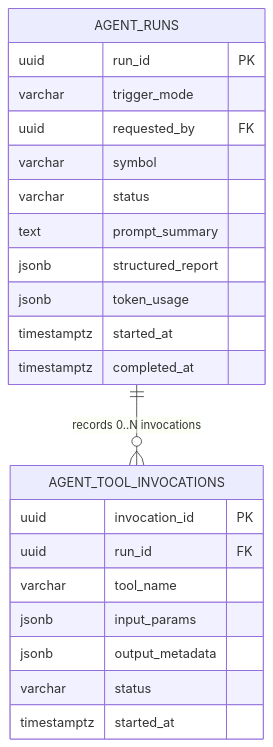
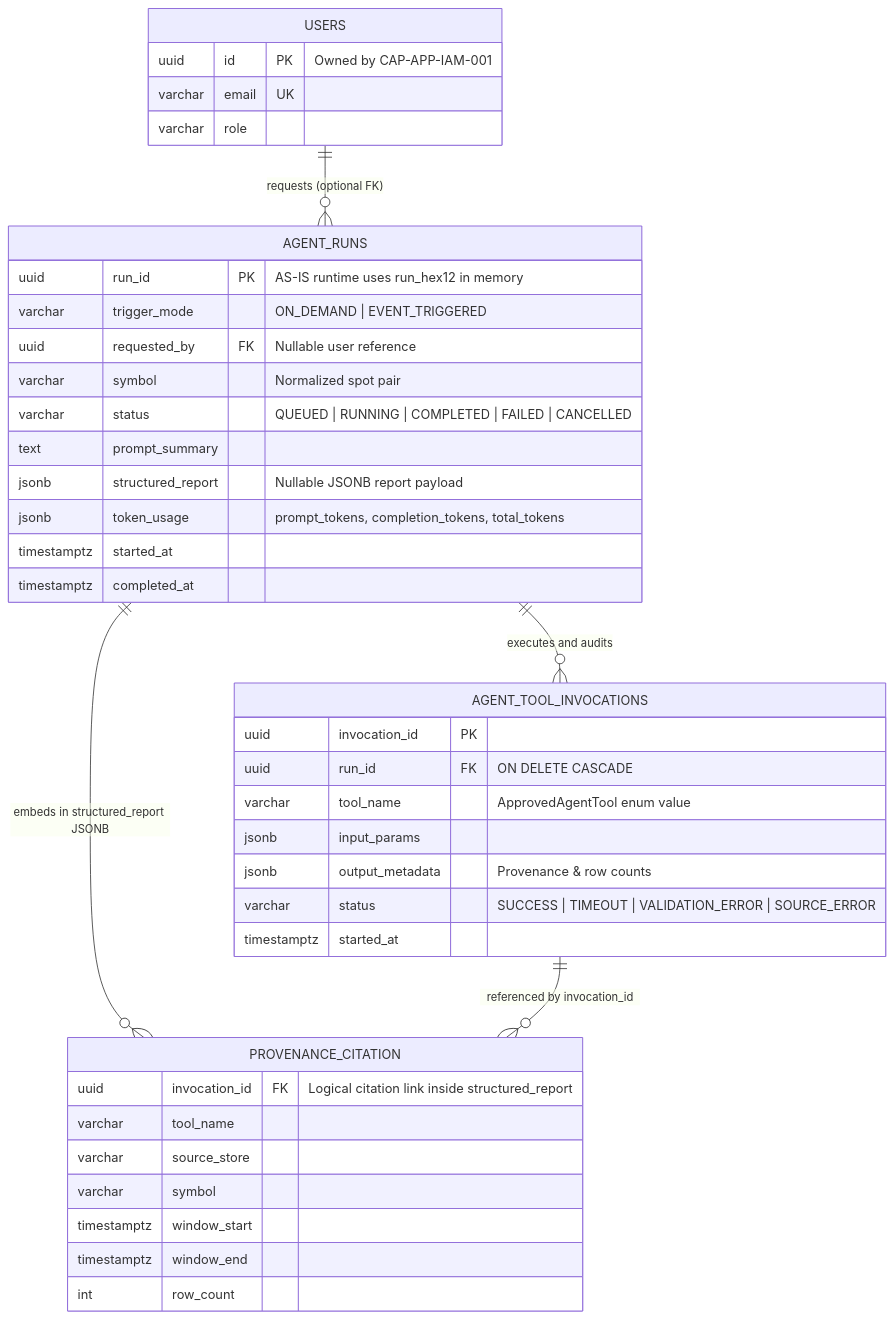
Before and after one commit to DungTran1201/FinancialMarketDataPlatform: the diagram in docs/intelligence-plane/domains/agent-orchestration-and-tools/capabilities/market-intelligence-workflow-and-tool-gateway/data/agent-state-erd.md, drawn with Mermaid. The commit also changed other lines of this file and 55 other files, not shown here.

Commit message:
docs: add comprehensive architecture, workflows, and specifications for intelligence plane

````diff
--- a/docs/intelligence-plane/domains/agent-orchestration-and-tools/capabilities/market-intelligence-workflow-and-tool-gateway/data/agent-state-erd.md
+++ b/docs/intelligence-plane/domains/agent-orchestration-and-tools/capabilities/market-intelligence-workflow-and-tool-gateway/data/agent-state-erd.md
@@ -42,27 +46,46 @@
 ```mermaid
 erDiagram
+    USERS {
+        uuid id PK "Owned by CAP-APP-IAM-001"
+        varchar email UK
+        varchar role
+    }
+
     AGENT_RUNS {
-        uuid run_id PK
-        varchar trigger_mode
-        uuid requested_by FK
-        varchar symbol
-        varchar status
+        uuid run_id PK "AS-IS runtime uses run_hex12 in memory"
+        varchar trigger_mode "ON_DEMAND | EVENT_TRIGGERED"
+        uuid requested_by FK "Nullable user reference"
+        varchar symbol "Normalized spot pair"
+        varchar status "QUEUED | RUNNING | COMPLETED | FAILED | CANCELLED"
         text prompt_summary
-        jsonb structured_report
-        jsonb token_usage
+        jsonb structured_report "Nullable JSONB report payload"
+        jsonb token_usage "prompt_tokens, completion_tokens, total_tokens"
         timestamptz started_at
         timestamptz completed_at
     }
 
     AGENT_TOOL_INVOCATIONS {
         uuid invocation_id PK
-        uuid run_id FK
-        varchar tool_name
+        uuid run_id FK "ON DELETE CASCADE"
+        varchar tool_name "ApprovedAgentTool enum value"
         jsonb input_params
-        jsonb output_metadata
-        varchar status
+        jsonb output_metadata "Provenance & row counts"
+        varchar status "SUCCESS | TIMEOUT | VALIDATION_ERROR | SOURCE_ERROR"
         timestamptz started_at
     }
 
-    AGENT_RUNS ||--o{ AGENT_TOOL_INVOCATIONS : "records 0..N invocations"
+    PROVENANCE_CITATION {
+        uuid invocation_id FK "Logical citation link inside structured_report"
+        varchar tool_name
+        varchar source_store
+        varchar symbol
+        timestamptz window_start
+        timestamptz window_end
+        int row_count
+    }
+
+    USERS ||--o{ AGENT_RUNS : "requests (optional FK)"
+    AGENT_RUNS ||--o{ AGENT_TOOL_INVOCATIONS : "executes and audits"
+    AGENT_RUNS ||--o{ PROVENANCE_CITATION : "embeds in structured_report JSONB"
+    AGENT_TOOL_INVOCATIONS ||--o{ PROVENANCE_CITATION : "referenced by invocation_id"
 ```
````
